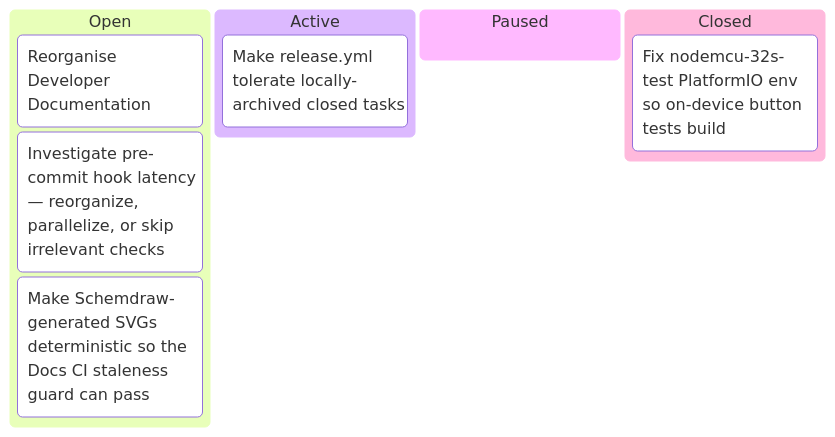
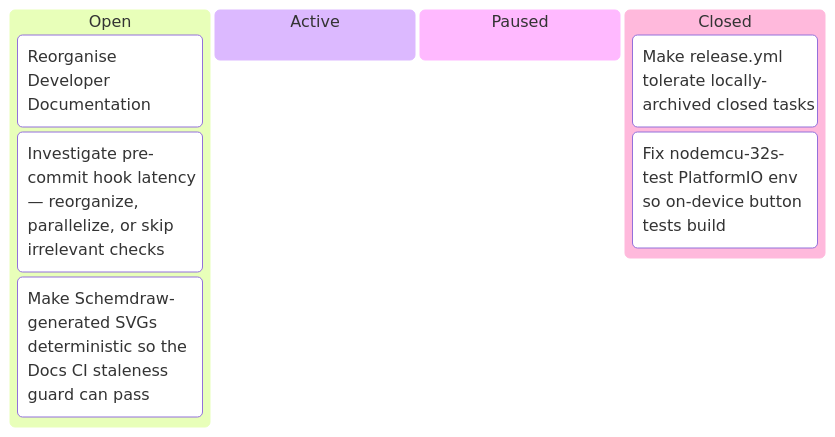
The eighth of 8 diagrams in docs/developers/tasks/KANBAN.md (tgd1975/AwesomeGuitarPedal), drawn with Mermaid before and after one commit. The commit also changed other lines of this file and 3 other files, not shown here.

First line of the commit message:
close TASK-374: Make release.yml tolerate locally-archived closed tasks

````diff
--- a/docs/developers/tasks/KANBAN.md
+++ b/docs/developers/tasks/KANBAN.md
@@ -119,12 +119,12 @@
 ```mermaid
 kanban
   Open
     TASK_148["Reorganise Developer Documentation"]
     TASK_352["Investigate pre-commit hook latency — reorganize, parallelize, or skip irrelevant checks"]
     TASK_370["Make Schemdraw-generated SVGs deterministic so the Docs CI staleness guard can pass"]
   Active
-    TASK_374["Make release.yml tolerate locally-archived closed tasks"]
   Paused
   Closed
+    TASK_374["Make release.yml tolerate locally-archived closed tasks"]
     TASK_388["Fix nodemcu-32s-test PlatformIO env so on-device button tests build"]
 ```
````
